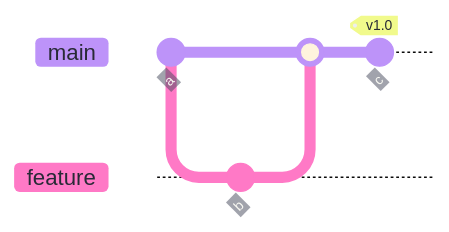
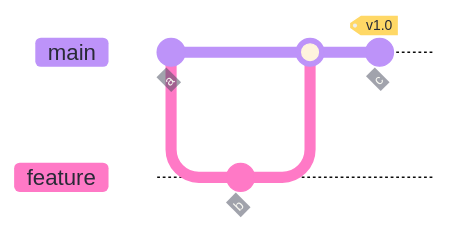
One commit to bsamiee/Rasm changed diagram 16 of 25 in .claude/skills/mermaid-diagramming/references/syntax-extended.md. Above: the diagram before and after it, drawn with Mermaid. The commit also changed other lines of this file and 50 other files, not shown here.

````diff
--- a/.claude/skills/mermaid-diagramming/references/syntax-extended.md
+++ b/.claude/skills/mermaid-diagramming/references/syntax-extended.md
@@ -467,27 +506,30 @@
 ```mermaid
 ---
 config:
   theme: base
+  look: classic
   themeVariables:
     darkMode: true
     fontFamily: "SF Mono, Menlo, Cascadia Mono, Segoe UI Mono, Consolas, monospace"
+    useGradient: false
+    dropShadow: "none"
     git0: "#BD93F9"
     git1: "#FF79C6"
     gitBranchLabel0: "#282A36"
     gitBranchLabel1: "#282A36"
     commitLabelColor: "#F8F8F2"
     commitLabelBackground: "#44475A"
     tagLabelColor: "#282A36"
-    tagLabelBackground: "#F1FA8C"
+    tagLabelBackground: "#FFD866"
 ---
 gitGraph LR:
   accTitle: Branch history demo
   accDescr: A feature branch cut from main and merged back with a release tag.
   commit id: "a"
   branch feature
   checkout feature
   commit id: "b"
   checkout main
   merge feature
   commit id: "c" tag: "v1.0"
 ```
````
